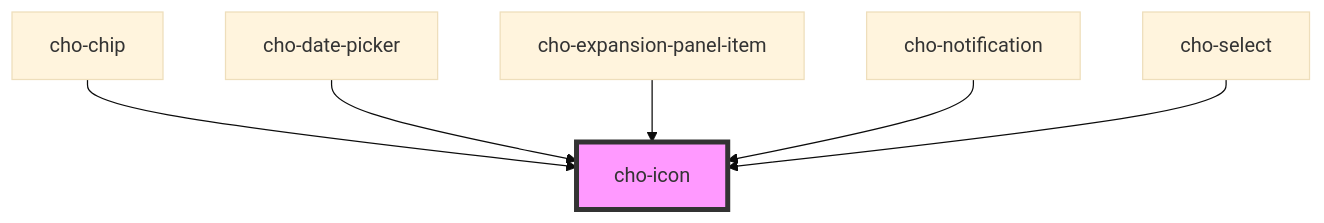
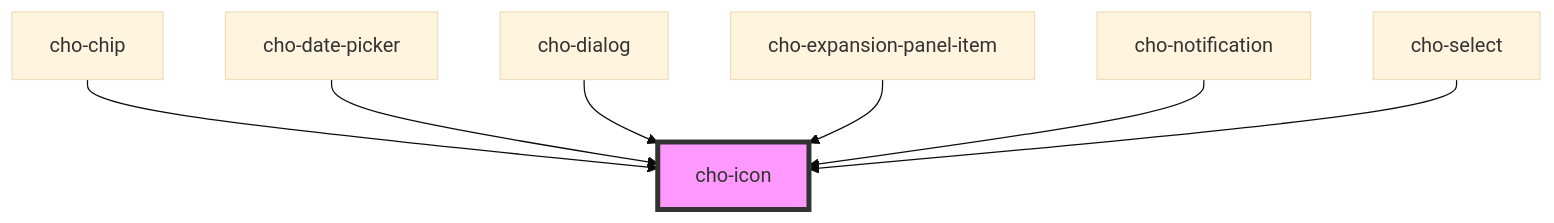
The diagram in packages/cho-components/src/components/data-display/icon/readme.md (razvangeangu/cho-design-system), drawn with Mermaid (base theme) before and after one commit. The commit also changed other lines of this file and 14 other files, not shown here.

````diff
--- a/packages/cho-components/src/components/data-display/icon/readme.md
+++ b/packages/cho-components/src/components/data-display/icon/readme.md
@@ -27,9 +28,10 @@
 ```mermaid
 graph TD;
   cho-chip --> cho-icon
   cho-date-picker --> cho-icon
+  cho-dialog --> cho-icon
   cho-expansion-panel-item --> cho-icon
   cho-notification --> cho-icon
   cho-select --> cho-icon
   style cho-icon fill:#f9f,stroke:#333,stroke-width:4px
 ```
````
